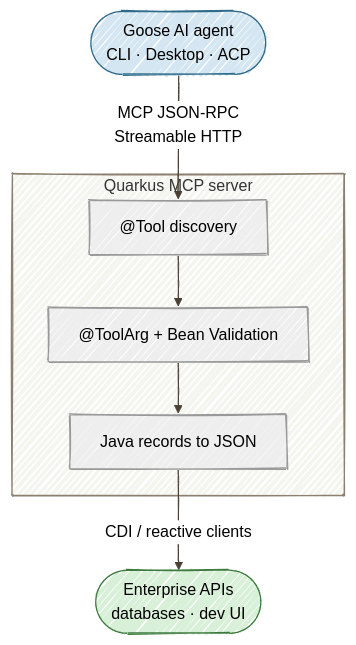
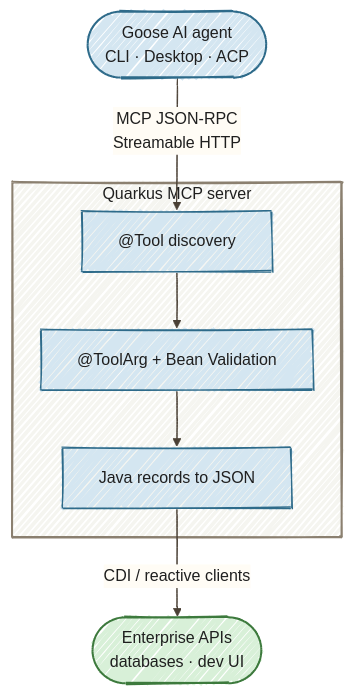
The diagram in docs/tutorials/01-governed-mcp-tools.md (danieloh30/governed-agent-platform), drawn with Mermaid before and after one commit. The commit also changed 14 other files, not shown here.

Commit message:
Improve Mermaid readability in light and dark modes

````diff
--- a/docs/tutorials/01-governed-mcp-tools.md
+++ b/docs/tutorials/01-governed-mcp-tools.md
@@ -38,19 +38,19 @@
 ```mermaid
-%%{init: {'look':'handDrawn','theme':'neutral','themeVariables': {'lineColor':'#4A4035'}}}%%
+%%{init: {"look":"handDrawn","theme":"base","themeVariables":{"darkMode":false,"background":"#FFFCF5","primaryColor":"#D4E6F1","primaryBorderColor":"#2E6B8A","primaryTextColor":"#1F1F1F","secondaryColor":"#D8F0D8","secondaryTextColor":"#1F1F1F","tertiaryColor":"#E8DCC4","tertiaryTextColor":"#1F1F1F","textColor":"#1F1F1F","lineColor":"#4A4035","edgeLabelBackground":"#FFFCF5","clusterBkg":"#F5F5F0","clusterBorder":"#6B5B45","fontSize":"16px","actorBkg":"#D4E6F1","actorBorder":"#2E6B8A","actorTextColor":"#1F1F1F","actorLineColor":"#6B5B45","signalColor":"#4A4035","signalTextColor":"#1F1F1F"},"flowchart":{"nodeSpacing":35,"rankSpacing":55,"padding":18}}}%%
 flowchart TD
     G(["Goose AI agent<br/>CLI · Desktop · ACP"])
 
     subgraph QMCP["Quarkus MCP server"]
         TOOL["@Tool discovery"]
         VALIDATE["@ToolArg + Bean Validation"]
         JSON["Java records to JSON"]
         TOOL --> VALIDATE --> JSON
     end
 
     G -->|"MCP JSON-RPC<br/>Streamable HTTP"| TOOL
     JSON -->|"CDI / reactive clients"| SYS(["Enterprise APIs<br/>databases · dev UI"])
 
-    style G fill:#D4E6F1,stroke:#2E6B8A
-    style QMCP fill:#F5F5F0,stroke:#8B8070
-    style SYS fill:#D8F0D8,stroke:#3D7A3D
+    style G fill:#D4E6F1,stroke:#2E6B8A,color:#1F1F1F,stroke-width:2px
+    style QMCP fill:#F5F5F0,stroke:#8B8070,color:#1F1F1F,stroke-width:2px
+    style SYS fill:#D8F0D8,stroke:#3D7A3D,color:#1F1F1F,stroke-width:2px
 ```
````
